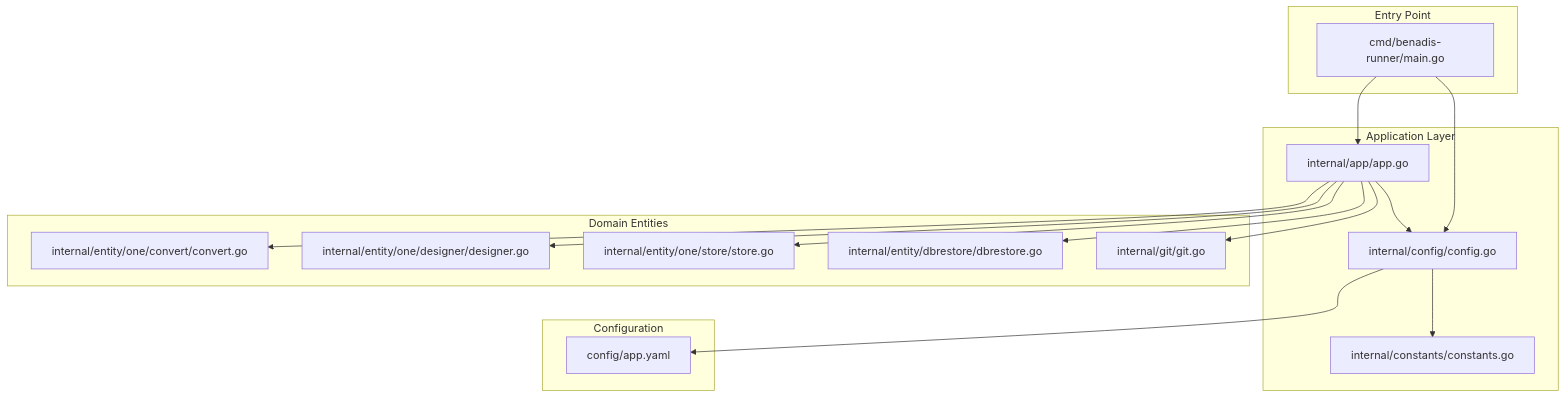
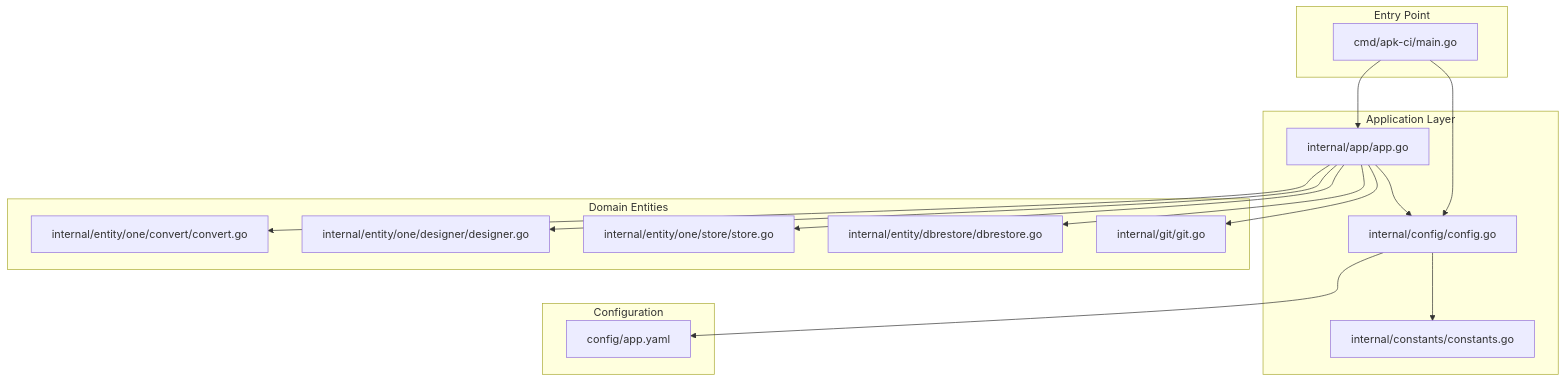
One commit to Kargones/apk-ci changed the first of 7 diagrams in .qoder/repowiki/en/content/Development Guide/Architectural Foundation.md. Above: the diagram before and after it, drawn with Mermaid. The commit also changed other lines of this file and 189 other files, not shown here.

Commit message:
Замена benadis-runner на apk-ci.

````diff
--- a/.qoder/repowiki/en/content/Development Guide/Architectural Foundation.md
+++ b/.qoder/repowiki/en/content/Development Guide/Architectural Foundation.md
@@ -41,31 +41,31 @@
 ```mermaid
 graph TB
 subgraph "Entry Point"
-CMD["cmd/benadis-runner/main.go"]
+CMD["cmd/apk-ci/main.go"]
 end
 subgraph "Application Layer"
 APP["internal/app/app.go"]
 CONFIG["internal/config/config.go"]
 CONST["internal/constants/constants.go"]
 end
 subgraph "Domain Entities"
 CONVERT["internal/entity/one/convert/convert.go"]
 DESIGNER["internal/entity/one/designer/designer.go"]
 STORE["internal/entity/one/store/store.go"]
 DBRESTORE["internal/entity/dbrestore/dbrestore.go"]
 GIT["internal/git/git.go"]
 end
 subgraph "Configuration"
 APPYAML["config/app.yaml"]
 end
 CMD --> CONFIG
 CMD --> APP
 APP --> CONFIG
 APP --> CONVERT
 APP --> DESIGNER
 APP --> STORE
 APP --> DBRESTORE
 APP --> GIT
 CONFIG --> CONST
 CONFIG --> APPYAML
 ```
````
